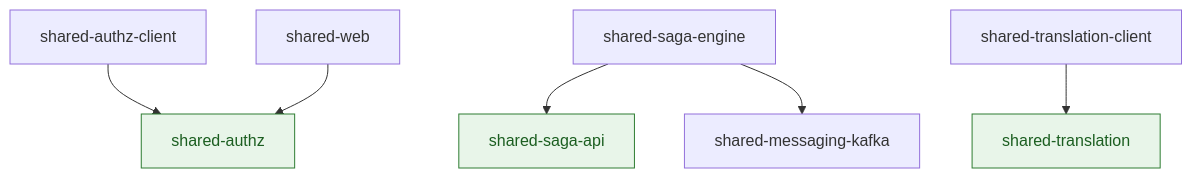
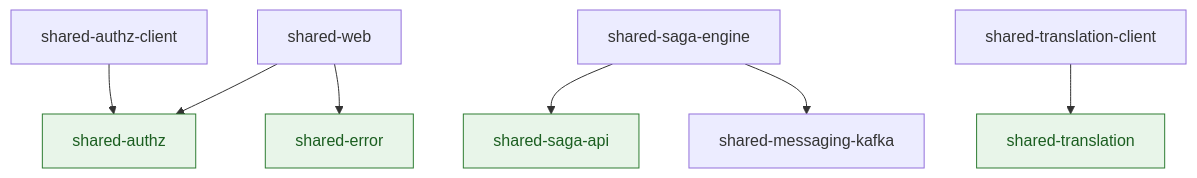
Before and after one commit to vertyll/project-a-microservices: the diagram in docs/shared-modules.md, drawn with Mermaid. The commit also changed other lines of this file and 10 other files, not shown here.

````diff
--- a/docs/shared-modules.md
+++ b/docs/shared-modules.md
@@ -54,19 +55,21 @@
 ```mermaid
 graph TD
     api[shared-saga-api]:::pure
     tr[shared-translation]:::pure
     web[shared-web]
     msg[shared-messaging-kafka]
     eng[shared-saga-engine]
     trc[shared-translation-client]
     az[shared-authz]:::pure
     azc[shared-authz-client]
+    err[shared-error]:::pure
 
     eng --> api
     eng --> msg
     trc --> tr
     azc --> az
     web --> az
+    web --> err
 
     classDef pure fill:#e8f5e9,stroke:#2e7d32,color:#1b5e20;
 ```
````
